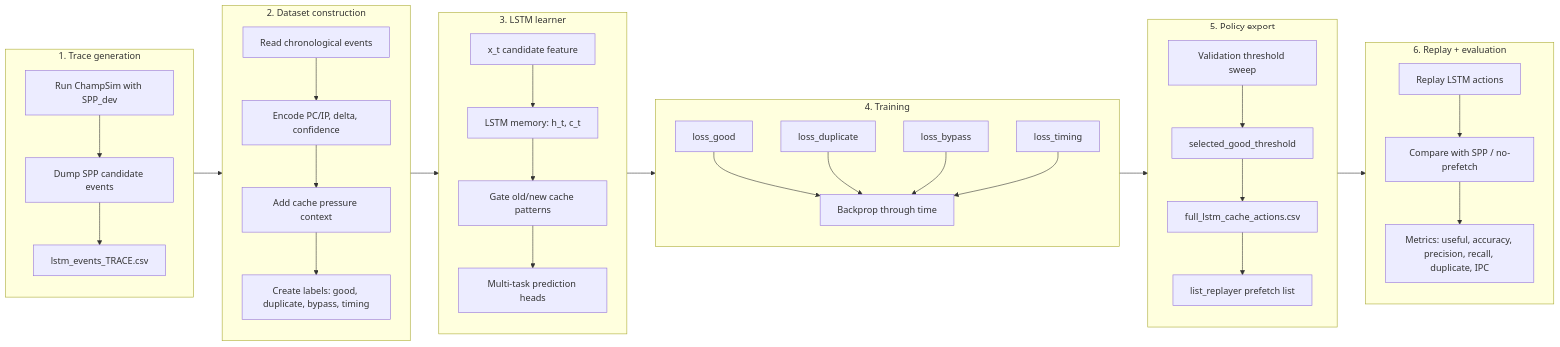
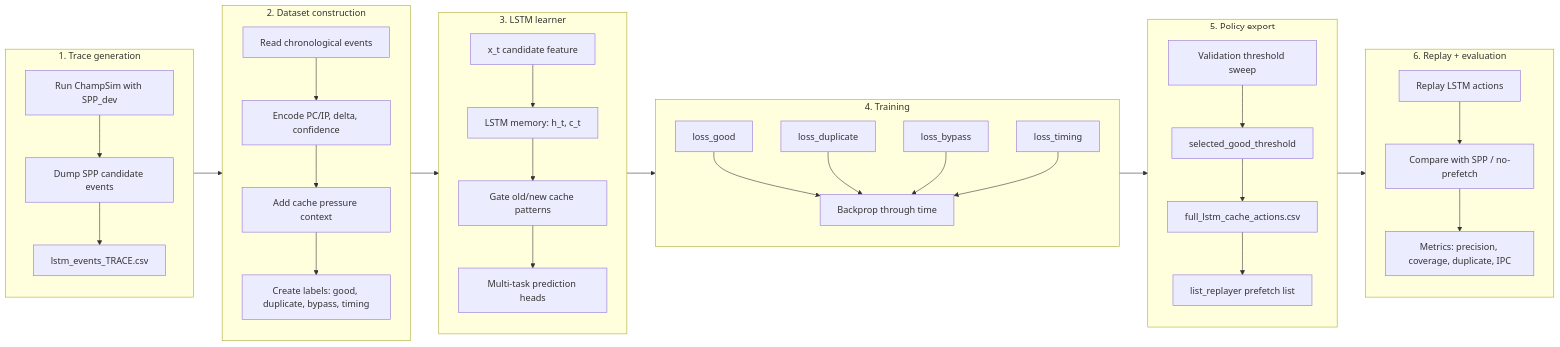
The eighth of 8 diagrams in formal_NN_training/LSTM_cache_action_pipeline_story.md (Angelawoo572/cache_arch), drawn with Mermaid before and after one commit. The commit also changed other lines of this file, not shown here.

Commit message:
Remove repeated accuracy table from LSTM story note

````diff
--- a/formal_NN_training/LSTM_cache_action_pipeline_story.md
+++ b/formal_NN_training/LSTM_cache_action_pipeline_story.md
@@ -376,54 +341,54 @@
 ```mermaid
 flowchart LR
     subgraph S1[1. Trace generation]
         A1[Run ChampSim with SPP_dev]
         A2[Dump SPP candidate events]
         A3[lstm_events_TRACE.csv]
         A1 --> A2 --> A3
     end
 
     subgraph S2[2. Dataset construction]
         B1[Read chronological events]
         B2[Encode PC/IP, delta, confidence]
         B3[Add cache pressure context]
         B4[Create labels: good, duplicate, bypass, timing]
         B1 --> B2 --> B3 --> B4
     end
 
     subgraph S3[3. LSTM learner]
         C1[x_t candidate feature]
         C2[LSTM memory: h_t, c_t]
         C3[Gate old/new cache patterns]
         C4[Multi-task prediction heads]
         C1 --> C2 --> C3 --> C4
     end
 
     subgraph S4[4. Training]
         D1[loss_good]
         D2[loss_duplicate]
         D3[loss_bypass]
         D4[loss_timing]
         D5[Backprop through time]
         D1 --> D5
         D2 --> D5
         D3 --> D5
         D4 --> D5
     end
 
     subgraph S5[5. Policy export]
         E1[Validation threshold sweep]
         E2[selected_good_threshold]
         E3[full_lstm_cache_actions.csv]
         E4[list_replayer prefetch list]
         E1 --> E2 --> E3 --> E4
     end
 
     subgraph S6[6. Replay + evaluation]
         F1[Replay LSTM actions]
         F2[Compare with SPP / no-prefetch]
-        F3[Metrics: useful, accuracy, precision, recall, duplicate, IPC]
+        F3[Metrics: precision, coverage, duplicate, IPC]
         F1 --> F2 --> F3
     end
 
     S1 --> S2 --> S3 --> S4 --> S5 --> S6
 ```
````
